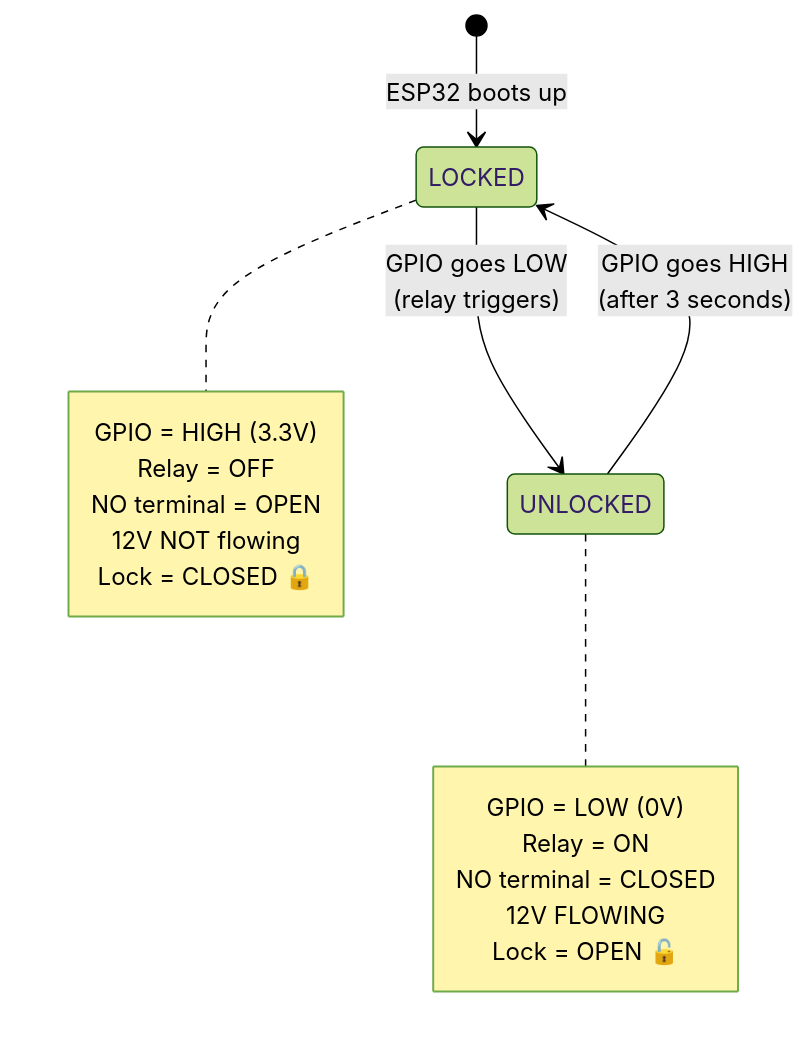
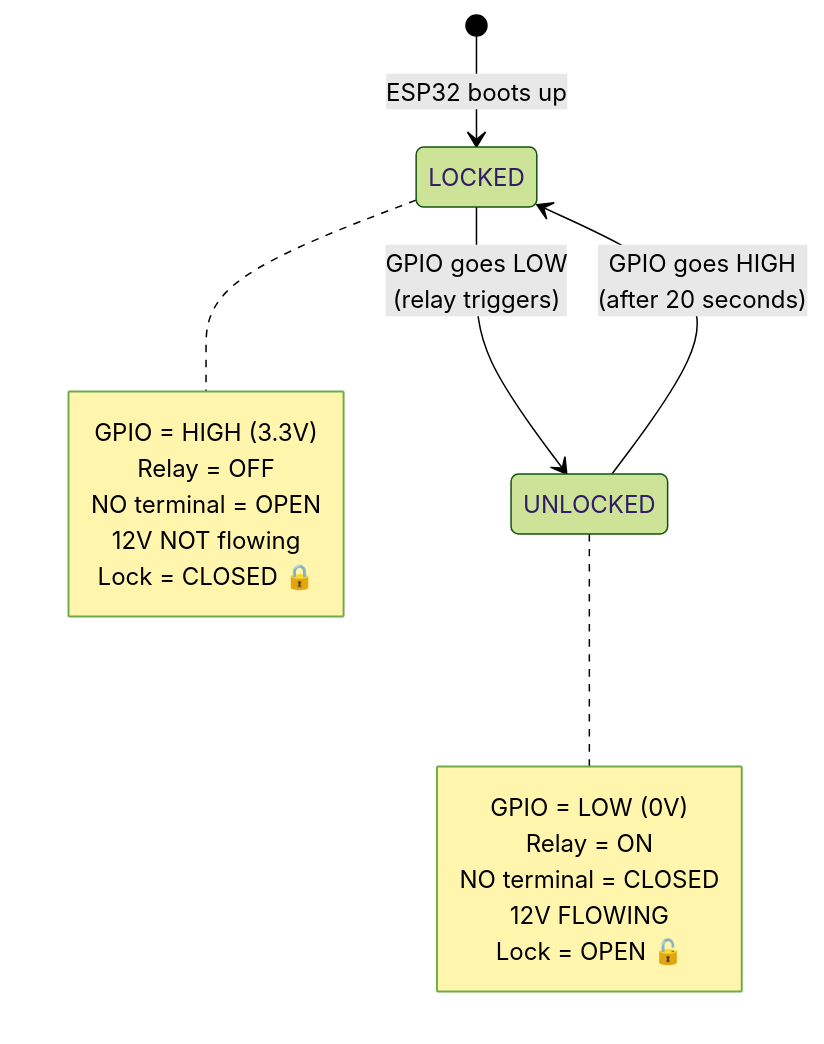
Before and after one commit to ermaasofia/SmartParcelLockerSystem: the fifth of 9 diagrams in wiring.md, drawn with Mermaid (forest theme). The commit also changed other lines of this file and 3 other files, not shown here.

````diff
--- a/wiring.md
+++ b/wiring.md
@@ -303,22 +253,22 @@
 ```mermaid
 stateDiagram-v2
     [*] --> LOCKED: ESP32 boots up
     LOCKED --> UNLOCKED: GPIO goes LOW<br/>(relay triggers)
-    UNLOCKED --> LOCKED: GPIO goes HIGH<br/>(after 3 seconds)
+    UNLOCKED --> LOCKED: GPIO goes HIGH<br/>(after 20 seconds)
     
     note right of LOCKED
         GPIO = HIGH (3.3V)
         Relay = OFF
         NO terminal = OPEN
         12V NOT flowing
         Lock = CLOSED 🔒
     end note
     
     note right of UNLOCKED
         GPIO = LOW (0V)
         Relay = ON
         NO terminal = CLOSED
         12V FLOWING
         Lock = OPEN 🔓
     end note
 ```
````
